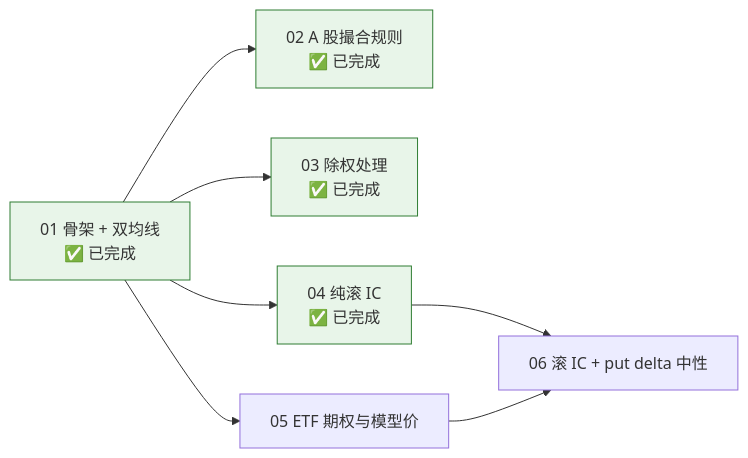
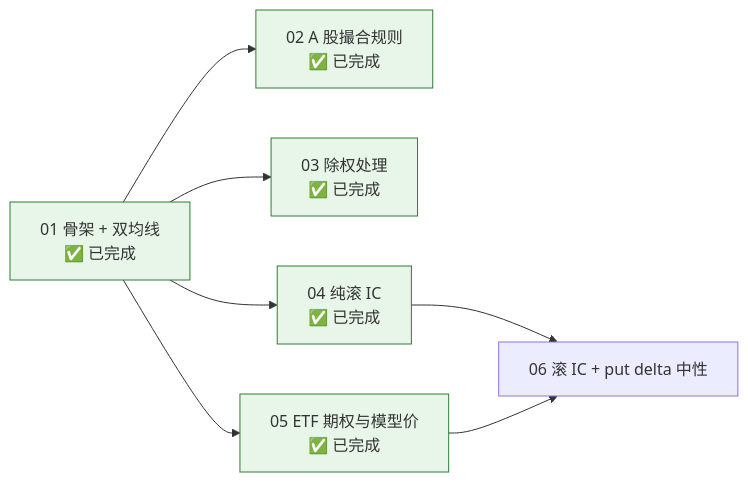
The eighth of 8 diagrams in docs/design.md (guevara12345/quant), drawn with Mermaid before and after one commit. The commit also changed other lines of this file and 14 other files, not shown here.

````diff
--- a/docs/design.md
+++ b/docs/design.md
@@ -294,11 +302,11 @@
 ```mermaid
 flowchart LR
     T01["01 骨架 + 双均线<br/>✅ 已完成"] --> T02["02 A 股撮合规则<br/>✅ 已完成"]
     T01 --> T03["03 除权处理<br/>✅ 已完成"]
     T01 --> T04["04 纯滚 IC<br/>✅ 已完成"]
-    T01 --> T05[05 ETF 期权与模型价]
+    T01 --> T05["05 ETF 期权与模型价<br/>✅ 已完成"]
     T04 --> T06[06 滚 IC + put delta 中性]
     T05 --> T06
     classDef done fill:#e8f5e9,stroke:#2e7d32
-    class T01,T02,T03,T04 done
+    class T01,T02,T03,T04,T05 done
 ```
````
